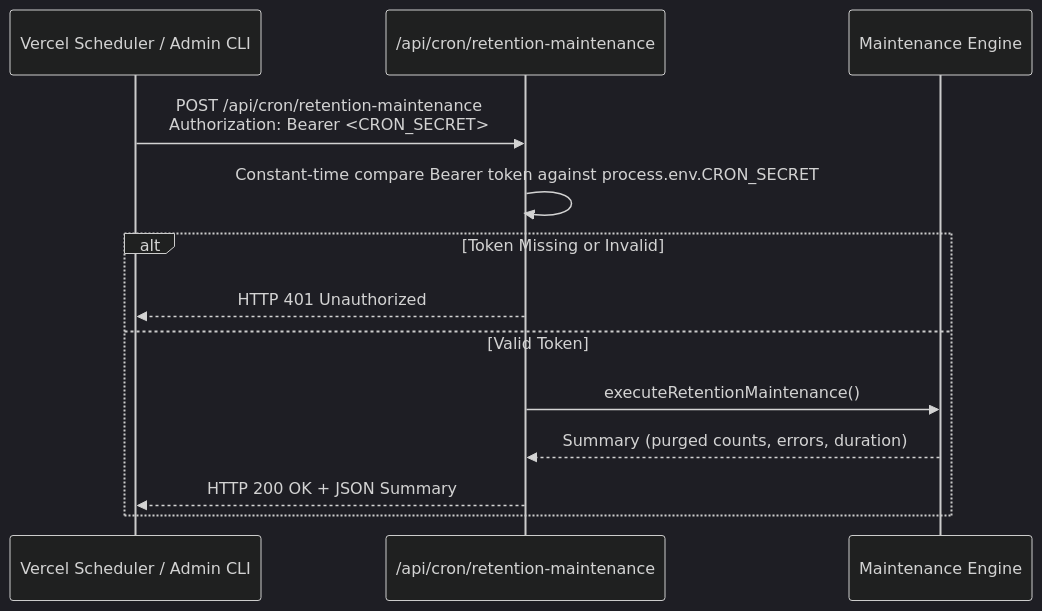
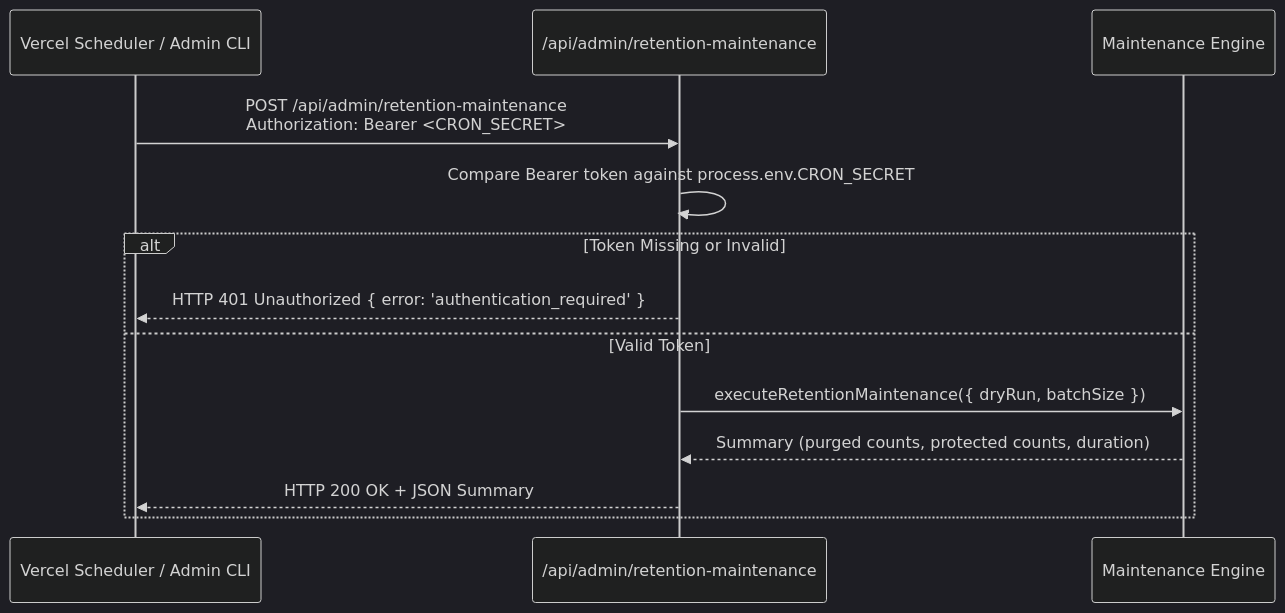
The second of 3 diagrams in docs/ENVIRONMENT_AND_CRON.md (jsphhbna/egatepass), drawn with Mermaid (dark theme) before and after one commit. The commit also changed other lines of this file and 13 other files, not shown here.

Commit message:
docs(truthfulness): repair markdown formatting, mermaid blocks, and architectural truthfulness across all active documentation

````diff
--- a/docs/ENVIRONMENT_AND_CRON.md
+++ b/docs/ENVIRONMENT_AND_CRON.md
@@ -55,17 +61,17 @@
 ```mermaid
 sequenceDiagram
-    participant Scheduler as Vercel Scheduler / Admin CLI
-    participant API as /api/cron/retention-maintenance
+    participant Caller as Vercel Scheduler / Admin CLI
+    participant API as /api/admin/retention-maintenance
     participant Engine as Maintenance Engine
 
-    Scheduler->>API: POST /api/cron/retention-maintenance<br/>Authorization: Bearer <CRON_SECRET>
-    API->>API: Constant-time compare Bearer token against process.env.CRON_SECRET
+    Caller->>API: POST /api/admin/retention-maintenance<br/>Authorization: Bearer <CRON_SECRET>
+    API->>API: Compare Bearer token against process.env.CRON_SECRET
 
     alt Token Missing or Invalid
-        API-->>Scheduler: HTTP 401 Unauthorized
+        API-->>Caller: HTTP 401 Unauthorized { error: 'authentication_required' }
     else Valid Token
-        API->>Engine: executeRetentionMaintenance()
-        Engine-->>API: Summary (purged counts, errors, duration)
-        API-->>Scheduler: HTTP 200 OK + JSON Summary
+        API->>Engine: executeRetentionMaintenance({ dryRun, batchSize })
+        Engine-->>API: Summary (purged counts, protected counts, duration)
+        API-->>Caller: HTTP 200 OK + JSON Summary
     end
 ```
````
